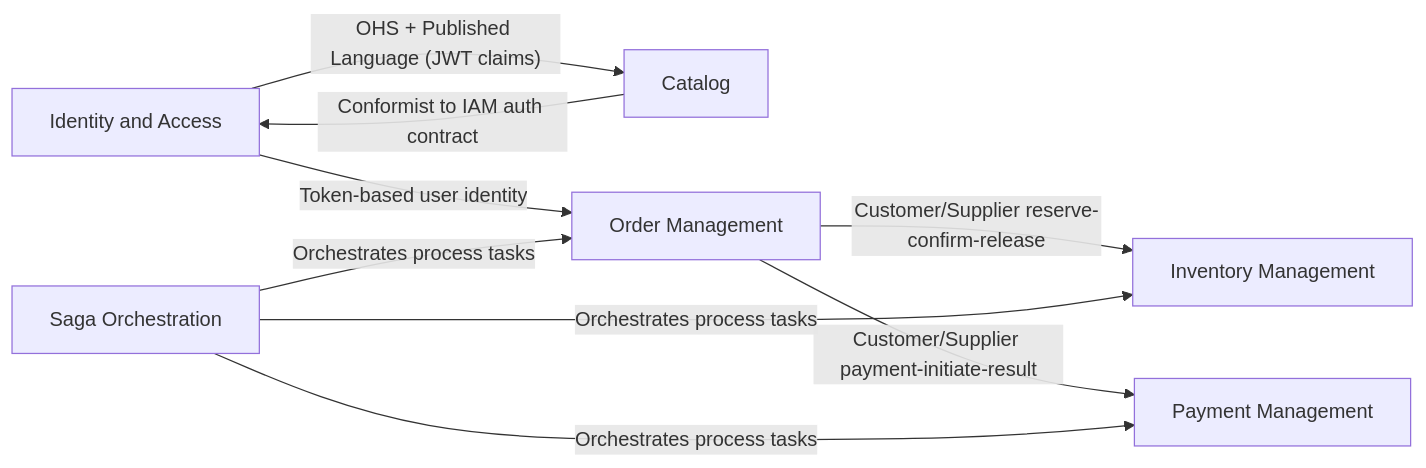
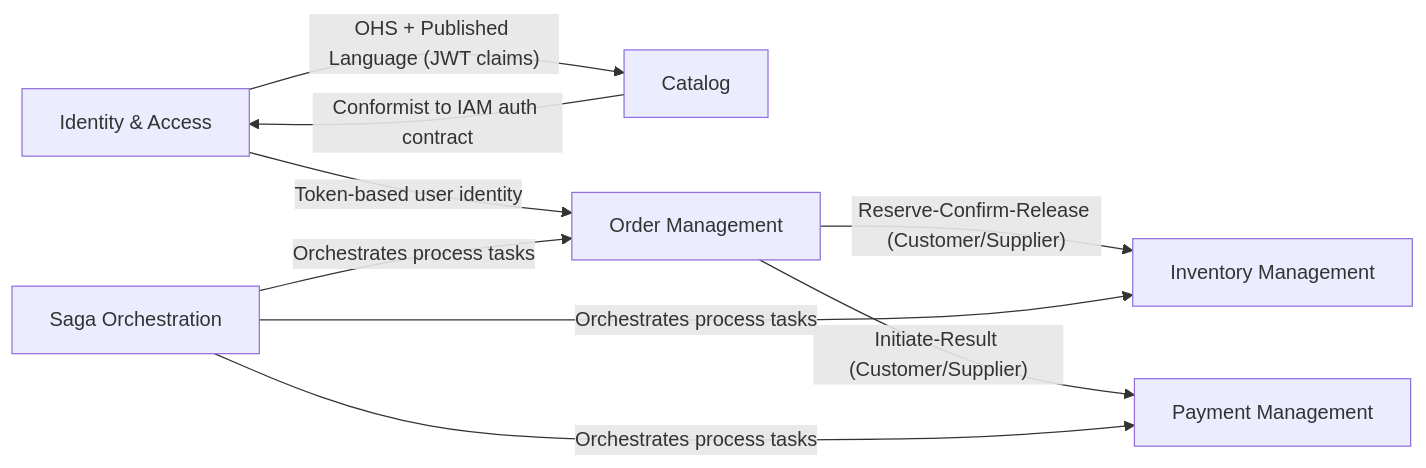
One commit to baosatboiz/asd changed the second of 7 diagrams in analysis-and-design-ddd.md. Above: the diagram before and after it, drawn with Mermaid. The commit also changed other lines of this file, not shown here.

````diff
--- a/analysis-and-design-ddd.md
+++ b/analysis-and-design-ddd.md
@@ -176,11 +176,11 @@
 ```mermaid
 graph LR
-    IAM[Identity and Access] -- "OHS + Published Language (JWT claims)" --> CATALOG[Catalog]
+    IAM["Identity & Access"] -- "OHS + Published Language (JWT claims)" --> CATALOG["Catalog"]
     CATALOG -- "Conformist to IAM auth contract" --> IAM
-    IAM -- "Token-based user identity" --> ORDERCTX[Order Management]
-    ORDERCTX -- "Customer/Supplier reserve-confirm-release" --> INV[Inventory Management]
-    ORDERCTX -- "Customer/Supplier payment-initiate-result" --> PAY[Payment Management]
-    ORCH[Saga Orchestration] -- "Orchestrates process tasks" --> ORDERCTX
+    IAM -- "Token-based user identity" --> ORDERCTX["Order Management"]
+    ORDERCTX -- "Reserve-Confirm-Release (Customer/Supplier)" --> INV["Inventory Management"]
+    ORDERCTX -- "Initiate-Result (Customer/Supplier)" --> PAY["Payment Management"]
+    ORCH["Saga Orchestration"] -- "Orchestrates process tasks" --> ORDERCTX
     ORCH -- "Orchestrates process tasks" --> INV
     ORCH -- "Orchestrates process tasks" --> PAY
 ```
````
